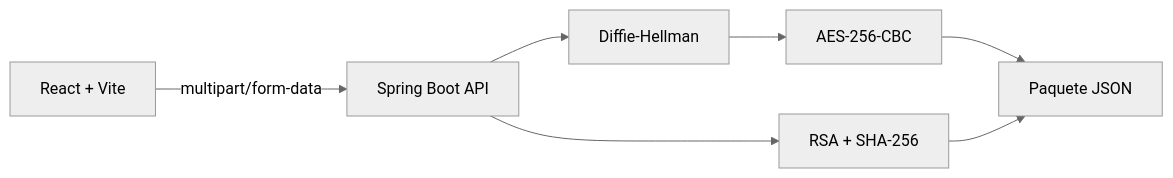
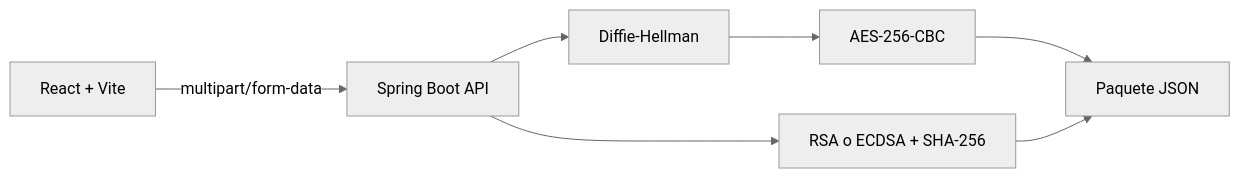
The diagram in CriptoHibrida/README.md (Asaph-Velazquez/Criptografia), drawn with Mermaid (neutral theme) before and after one commit. The commit also changed other lines of this file and 2 other files, not shown here.

Commit message:
docs(build): document Docker workflow and ECDSA support

````diff
--- a/CriptoHibrida/README.md
+++ b/CriptoHibrida/README.md
@@ -31,9 +31,9 @@
 ```mermaid
 flowchart LR
     B[React + Vite] -->|multipart/form-data| A[Spring Boot API]
     A --> D[Diffie-Hellman]
     D --> C[AES-256-CBC]
-    A --> R[RSA + SHA-256]
+    A --> R[RSA o ECDSA + SHA-256]
     C --> P[Paquete JSON]
     R --> P
 ```
````
